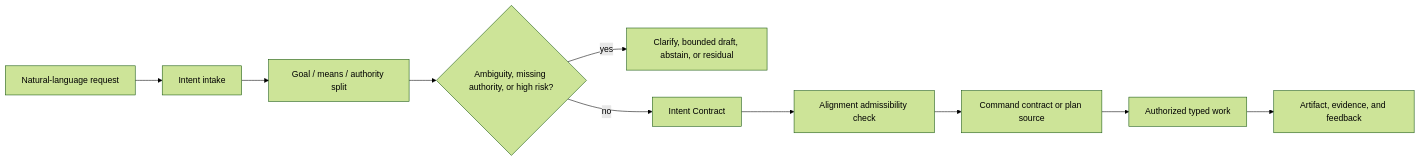
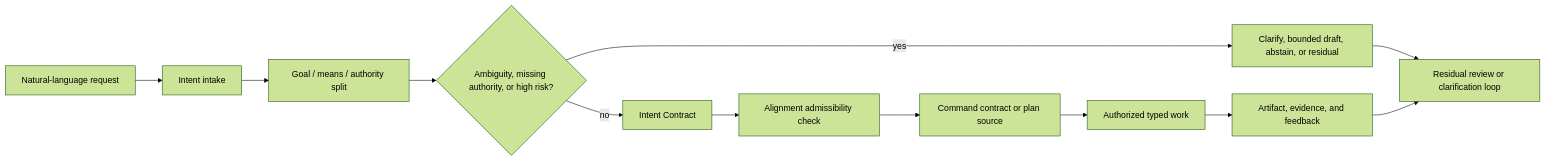
One commit to corbensorenson/asi-stack-book changed the diagram in chapters/human-intent-as-a-formal-input.qmd. Above: the diagram before and after it, drawn with Mermaid (forest theme). The commit also changed 20 other files, not shown here.

Commit message:
Raise diagram substance floor

````diff
--- a/chapters/human-intent-as-a-formal-input.qmd
+++ b/chapters/human-intent-as-a-formal-input.qmd
@@ -104,12 +104,14 @@
 ```{mermaid}
 flowchart LR
   A["Natural-language request"] --> B["Intent intake"]
   B --> C["Goal / means / authority split"]
   C --> D{"Ambiguity, missing authority, or high risk?"}
   D -- "yes" --> E["Clarify, bounded draft, abstain, or residual"]
   D -- "no" --> F["Intent Contract"]
   F --> G["Alignment admissibility check"]
   G --> H["Command contract or plan source"]
   H --> I["Authorized typed work"]
   I --> J["Artifact, evidence, and feedback"]
+  E --> K["Residual review or clarification loop"]
+  J --> K
 ```
````
